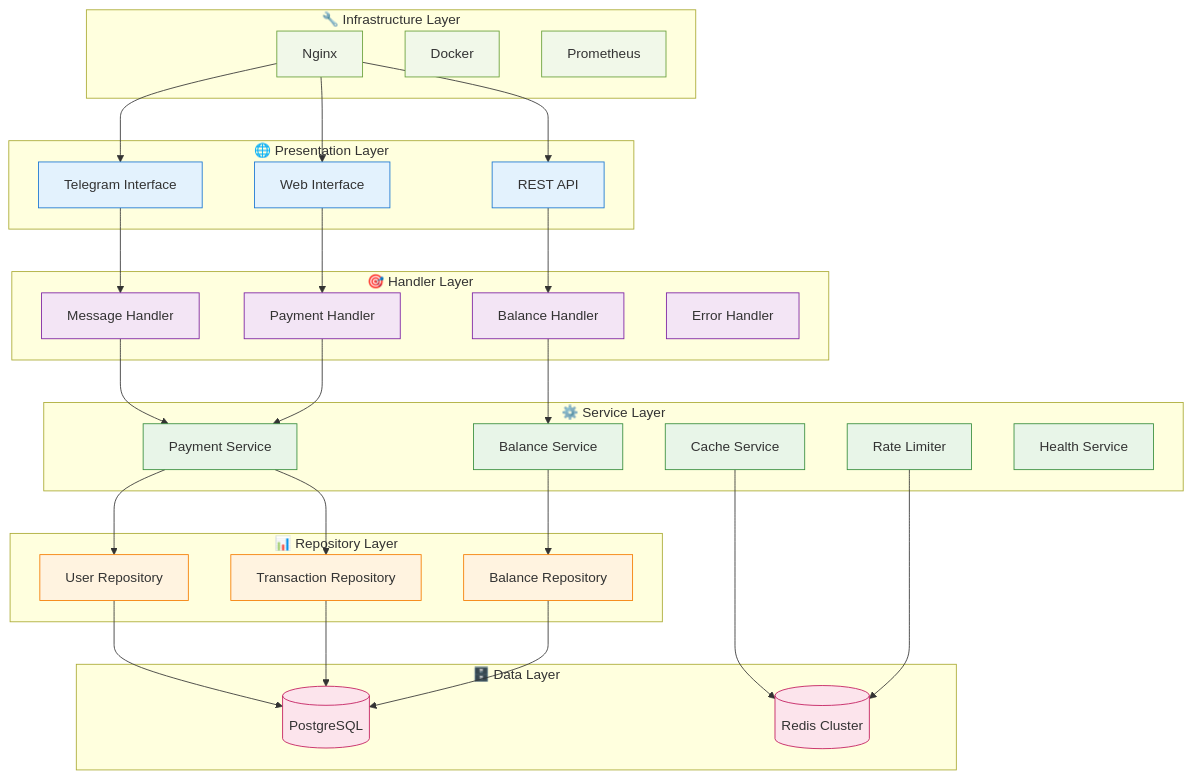
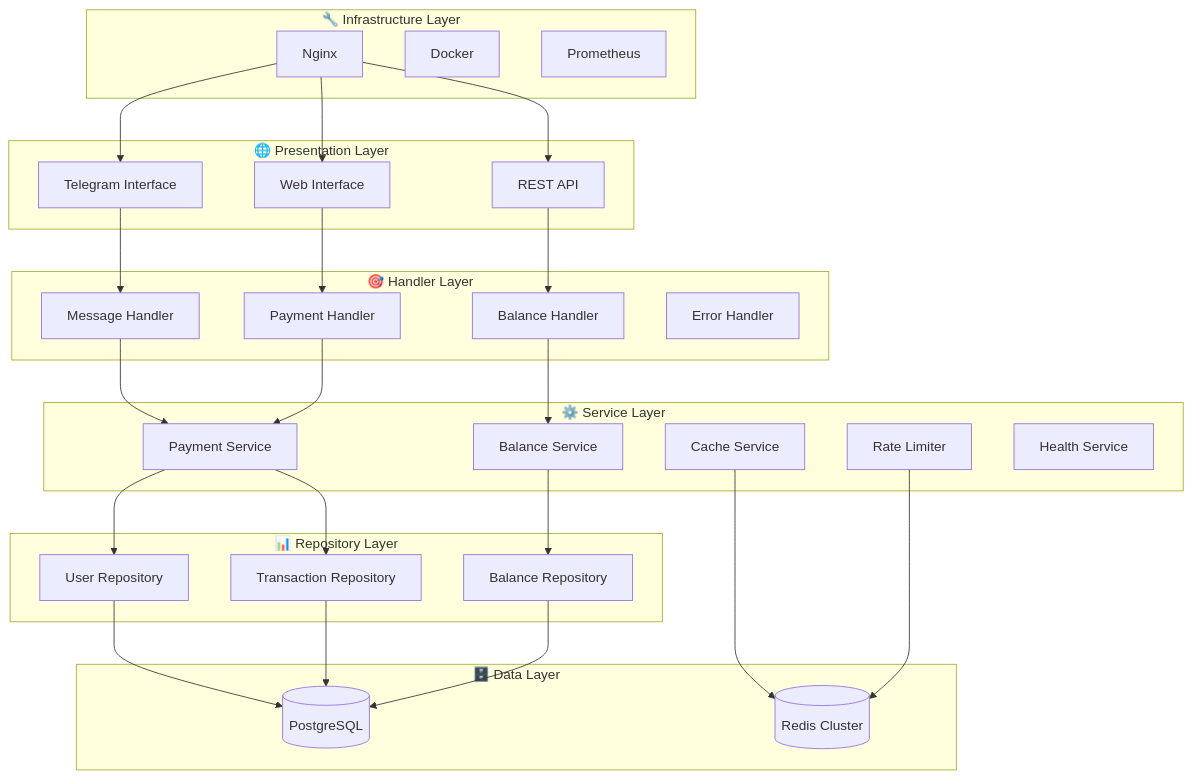
One commit to neKamita/Mirza-Telegram-Shop-Bot changed the fifth of 9 diagrams in docs/ARCHITECTURE.md. Above: the diagram before and after it, drawn with Mermaid. The commit also changed other lines of this file and 2 other files, not shown here.

````diff
--- a/docs/ARCHITECTURE.md
+++ b/docs/ARCHITECTURE.md
@@ -129,79 +125,65 @@
 ```mermaid
 graph TB
     subgraph "🌐 Presentation Layer"
         TG[Telegram Interface]
         WEB[Web Interface]
         API[REST API]
     end
     
     subgraph "🎯 Handler Layer"
         MH[Message Handler]
         PH[Payment Handler]
         BH[Balance Handler]
         EH[Error Handler]
     end
     
     subgraph "⚙️ Service Layer"
         PS[Payment Service]
         BS[Balance Service]
         CS[Cache Service]
         RL[Rate Limiter]
         HS[Health Service]
     end
     
     subgraph "📊 Repository Layer"
         UR[User Repository]
         BR[Balance Repository]
         TR[Transaction Repository]
     end
     
     subgraph "🗄️ Data Layer"
         PG[(PostgreSQL)]
         RD[(Redis Cluster)]
     end
     
     subgraph "🔧 Infrastructure Layer"
         NG[Nginx]
         DC[Docker]
         PR[Prometheus]
     end
     
     %% Connections
     TG --> MH
     WEB --> PH
     API --> BH
     
     MH --> PS
     PH --> PS
     BH --> BS
     
     PS --> UR
     PS --> TR
     BS --> BR
     
     UR --> PG
     BR --> PG
     TR --> PG
     
     CS --> RD
     RL --> RD
     
     NG --> TG
     NG --> WEB
     NG --> API
     
-    %% Styling
-    classDef presentation fill:#e3f2fd,stroke:#1976d2
-    classDef handler fill:#f3e5f5,stroke:#7b1fa2
-    classDef service fill:#e8f5e8,stroke:#388e3c
-    classDef repository fill:#fff3e0,stroke:#f57c00
-    classDef data fill:#fce4ec,stroke:#c2185b
-    classDef infrastructure fill:#f1f8e9,stroke:#689f38
-    
-    class TG,WEB,API presentation
-    class MH,PH,BH,EH handler
-    class PS,BS,CS,RL,HS service
-    class UR,BR,TR repository
-    class PG,RD data
-    class NG,DC,PR infrastructure
 ```
````
